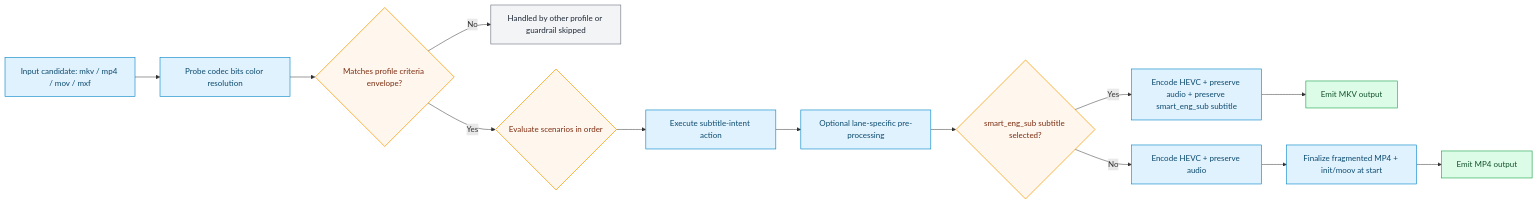
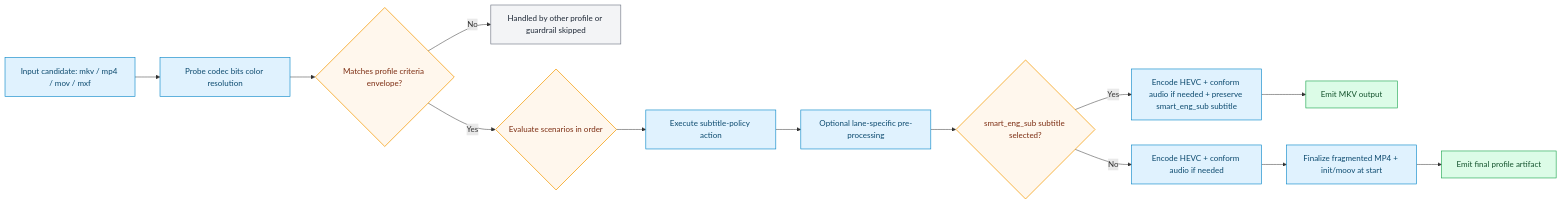
One commit to CraigWatt/vfo changed the diagram in platform/docs-site/docs/profiles/generated/craigstreamy-hevc-smart-eng-sub-audio-conform-1080p.md. Above: the diagram before and after it, drawn with Mermaid. The commit also changed 32 other files, not shown here.

````diff
--- a/platform/docs-site/docs/profiles/generated/craigstreamy-hevc-smart-eng-sub-audio-conform-1080p.md
+++ b/platform/docs-site/docs/profiles/generated/craigstreamy-hevc-smart-eng-sub-audio-conform-1080p.md
@@ -111,20 +111,20 @@
 ```mermaid
 flowchart LR
   classDef gate fill:#fff7ed,stroke:#f59e0b,color:#7c2d12,stroke-width:1.5px;
   classDef stage fill:#e0f2fe,stroke:#0284c7,color:#0c4a6e,stroke-width:1.2px;
   classDef output fill:#dcfce7,stroke:#16a34a,color:#14532d,stroke-width:1.2px;
   classDef skip fill:#f3f4f6,stroke:#6b7280,color:#1f2937,stroke-width:1.2px;
 
   A[Input candidate: mkv / mp4 / mov / mxf]:::stage --> B[Probe codec bits color resolution]:::stage
   B --> C{Matches profile criteria envelope?}:::gate
   C -->|No| Z[Handled by other profile or guardrail skipped]:::skip
   C -->|Yes| D{Evaluate scenarios in order}:::gate
-  D --> E[Execute subtitle-intent action]:::stage
+  D --> E[Execute subtitle-policy action]:::stage
   E --> P[Optional lane-specific pre-processing]:::stage
   P --> F{smart_eng_sub subtitle selected?}:::gate
-  F -->|Yes| G[Encode HEVC + preserve audio + preserve smart_eng_sub subtitle]:::stage
+  F -->|Yes| G[Encode HEVC + conform audio if needed + preserve smart_eng_sub subtitle]:::stage
   G --> H[Emit MKV output]:::output
-  F -->|No| I[Encode HEVC + preserve audio]:::stage
+  F -->|No| I[Encode HEVC + conform audio if needed]:::stage
   I --> J[Finalize fragmented MP4 + init/moov at start]:::stage
-  J --> K[Emit MP4 output]:::output
+  J --> K[Emit final profile artifact]:::output
 ```
````
